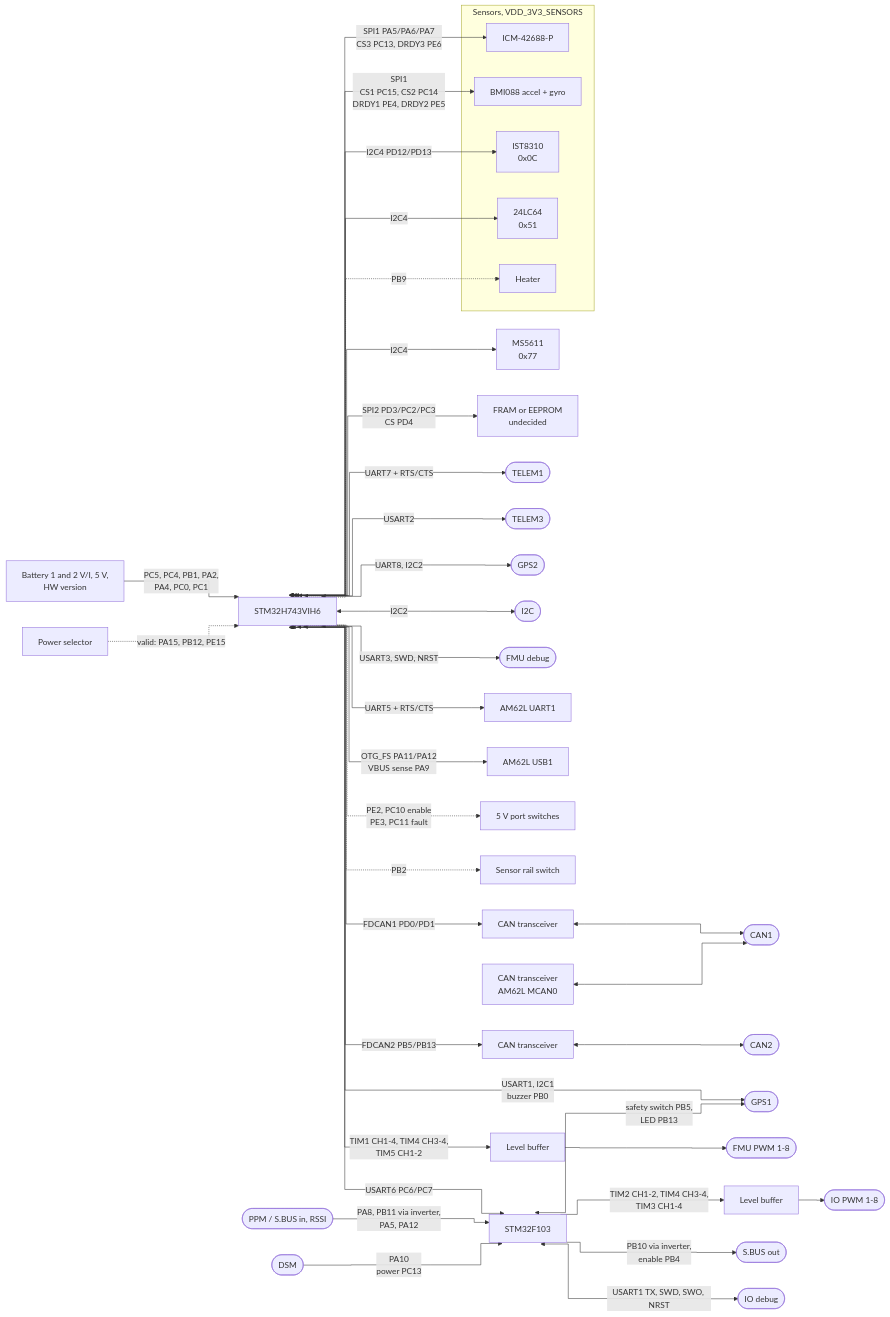
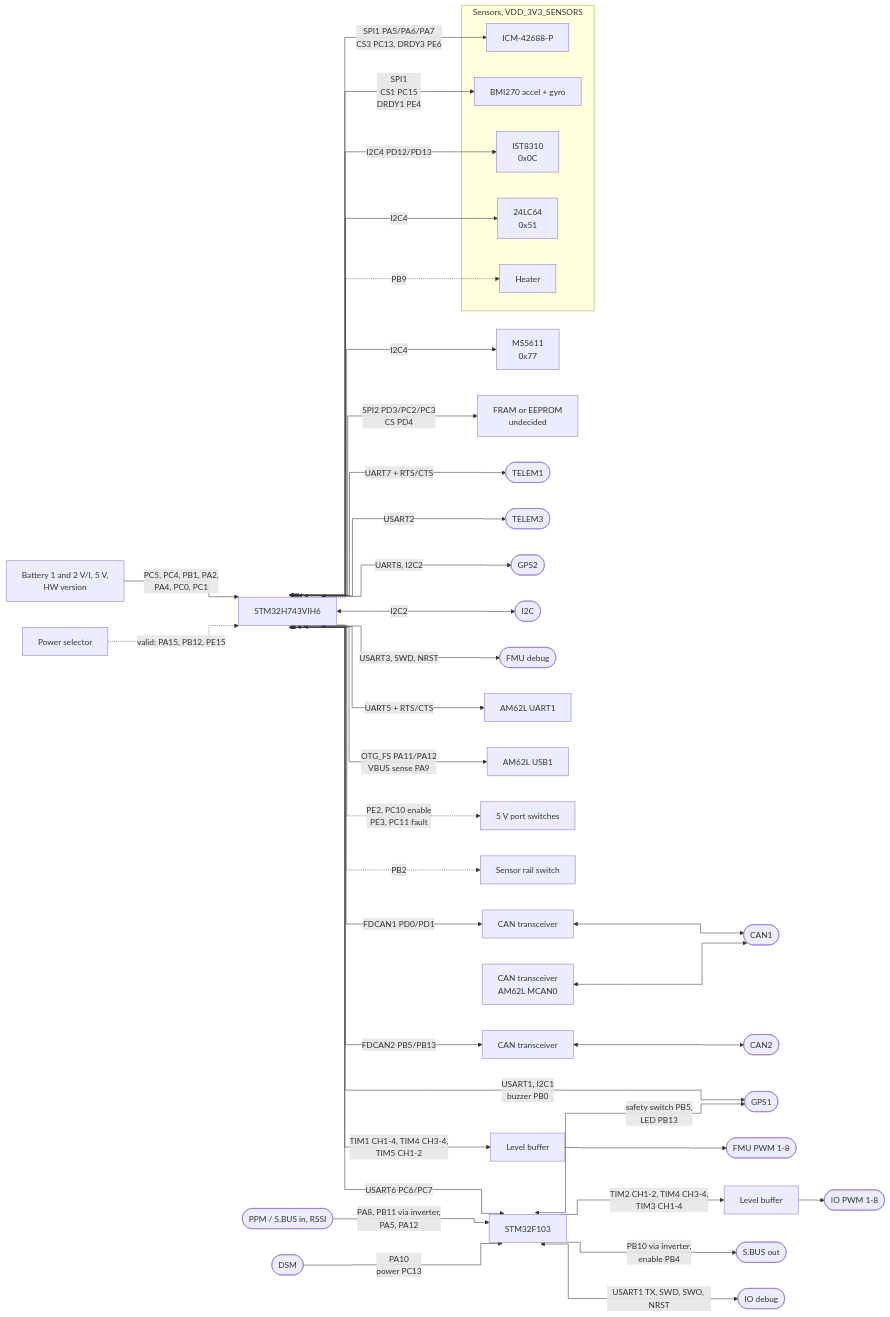
Before and after one commit to JustBrenkman/sora: the second of 4 diagrams in projects/pinion/specs/diagrams/block-diagram.md, drawn with Mermaid. The commit also changed other lines of this file and 12 other files, not shown here.

````diff
--- a/projects/pinion/specs/diagrams/block-diagram.md
+++ b/projects/pinion/specs/diagrams/block-diagram.md
@@ -59,51 +59,51 @@
 ```mermaid
 %%{init: {"flowchart": {"curve": "step"}}}%%
 flowchart LR
     FMU[STM32H743VIH6]
 
     subgraph IMU[Sensors, VDD_3V3_SENSORS]
         ICM[ICM-42688-P]
-        BMI[BMI088 accel + gyro]
+        BMI[BMI270 accel + gyro]
         MAG[IST8310<br/>0x0C]
         CAL[24LC64<br/>0x51]
         HTR[Heater]
     end
     BARO[MS5611<br/>0x77]
     NVM[FRAM or EEPROM<br/>undecided]
 
     FMU <-->|SPI1 PA5/PA6/PA7<br/>CS3 PC13, DRDY3 PE6| ICM
-    FMU <-->|SPI1<br/>CS1 PC15, CS2 PC14<br/>DRDY1 PE4, DRDY2 PE5| BMI
+    FMU <-->|SPI1<br/>CS1 PC15<br/>DRDY1 PE4| BMI
     FMU <-->|I2C4 PD12/PD13| MAG
     FMU <-->|I2C4| CAL
     FMU <-->|I2C4| BARO
     FMU -.->|PB9| HTR
     FMU <-->|SPI2 PD3/PC2/PC3<br/>CS PD4| NVM
 
     FMU <-->|FDCAN1 PD0/PD1| X1[CAN transceiver] <--> CAN1([CAN1])
     FMU <-->|FDCAN2 PB5/PB13| X2[CAN transceiver] <--> CAN2([CAN2])
     SOCX[CAN transceiver<br/>AM62L MCAN0] <--> CAN1
 
     FMU <-->|UART7 + RTS/CTS| T1([TELEM1])
     FMU <-->|USART2| T3([TELEM3])
     FMU <-->|USART1, I2C1<br/>buzzer PB0| G1([GPS1])
     FMU <-->|UART8, I2C2| G2([GPS2])
     FMU <-->|I2C2| I2C([I2C])
     FMU <-->|USART3, SWD, NRST| DBG([FMU debug])
     FMU -->|TIM1 CH1-4, TIM4 CH3-4,<br/>TIM5 CH1-2| BUF1[Level buffer] --> AUX([FMU PWM 1-8])
 
     FMU <-->|UART5 + RTS/CTS| SOC[AM62L UART1]
     FMU <-->|OTG_FS PA11/PA12<br/>VBUS sense PA9| SOCU[AM62L USB1]
 
     FMU <-->|USART6 PC6/PC7| IO[STM32F103]
     IO -->|TIM2 CH1-2, TIM4 CH3-4,<br/>TIM3 CH1-4| BUF2[Level buffer] --> MAIN([IO PWM 1-8])
     RCIN([PPM / S.BUS in, RSSI]) -->|PA8, PB11 via inverter,<br/>PA5, PA12| IO
     IO -->|PB10 via inverter,<br/>enable PB4| SBO([S.BUS out])
     DSM([DSM]) -->|PA10<br/>power PC13| IO
     IO <-->|safety switch PB5,<br/>LED PB13| G1
     IO <-->|USART1 TX, SWD, SWO, NRST| IODBG([IO debug])
 
     ADC[Battery 1 and 2 V/I, 5 V,<br/>HW version] -->|PC5, PC4, PB1, PA2,<br/>PA4, PC0, PC1| FMU
     SEL[Power selector] -.->|valid: PA15, PB12, PE15| FMU
     FMU -.->|PE2, PC10 enable<br/>PE3, PC11 fault| SW[5 V port switches]
     FMU -.->|PB2| SSW[Sensor rail switch]
 ```
````
